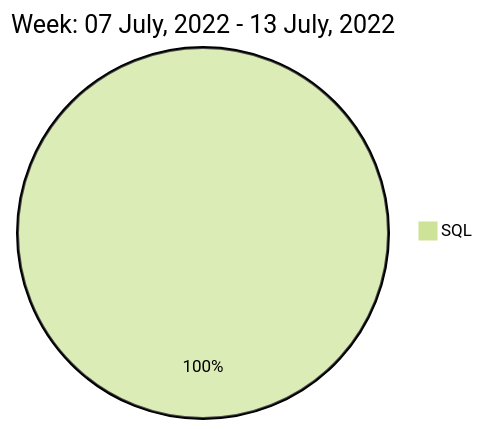
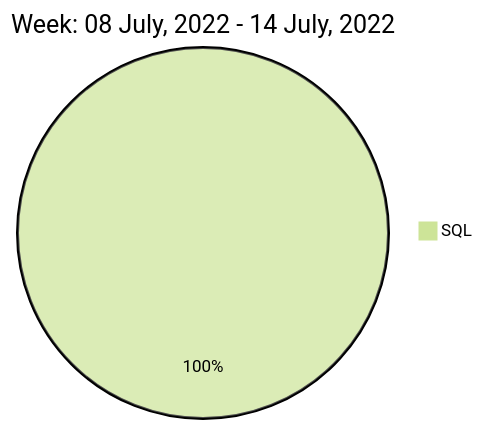
Before and after one commit to liubin95/liubin95: the diagram in README.md, drawn with Mermaid (forest theme).

Commit message:
Updated the Graph with new Metrics

````diff
--- a/README.md
+++ b/README.md
@@ -40,5 +40,5 @@
 ```mermaid
  pie
-title Week: 07 July, 2022 - 13 July, 2022
- "SQL" : 1.82
+title Week: 08 July, 2022 - 14 July, 2022
+ "SQL" : 1.95
 ```
````
